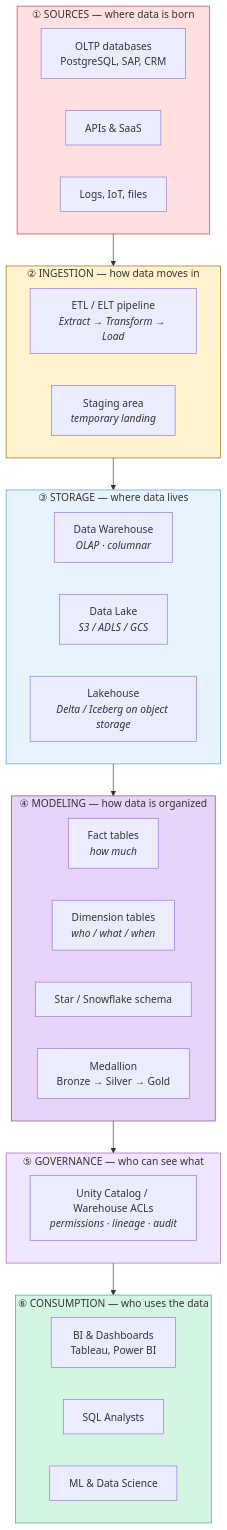
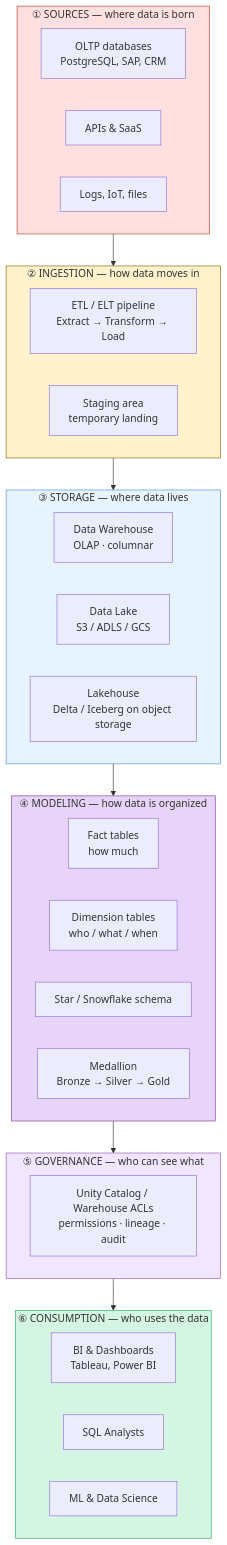
One commit to adnanrahin/adnanrahin.github.io changed the second of 7 diagrams in data-architecture/architecture-map.md. Above: the diagram before and after it, drawn with Mermaid. The commit also changed other lines of this file and 3 other files, not shown here.

Commit message:
updated the flowchart

````diff
--- a/data-architecture/architecture-map.md
+++ b/data-architecture/architecture-map.md
@@ -61,53 +61,53 @@
 ```mermaid
 flowchart TB
     subgraph L6["⑥ CONSUMPTION — who uses the data"]
         direction LR
         BI["BI & Dashboards<br/>Tableau, Power BI"]
         SQL["SQL Analysts"]
         ML["ML & Data Science"]
     end
 
     subgraph L5["⑤ GOVERNANCE — who can see what"]
-        UC["Unity Catalog / Warehouse ACLs<br/><i>permissions · lineage · audit</i>"]
+        UC["Unity Catalog / Warehouse ACLs<br/>permissions · lineage · audit"]
     end
 
     subgraph L4["④ MODELING — how data is organized"]
         direction LR
-        FACT["Fact tables<br/><i>how much</i>"]
-        DIM["Dimension tables<br/><i>who / what / when</i>"]
+        FACT["Fact tables<br/>how much"]
+        DIM["Dimension tables<br/>who / what / when"]
         STAR["Star / Snowflake schema"]
         MED["Medallion<br/>Bronze → Silver → Gold"]
     end
 
     subgraph L3["③ STORAGE — where data lives"]
         direction LR
-        WH["Data Warehouse<br/><i>OLAP · columnar</i>"]
-        LAKE["Data Lake<br/><i>S3 / ADLS / GCS</i>"]
-        LH["Lakehouse<br/><i>Delta / Iceberg on object storage</i>"]
+        WH["Data Warehouse<br/>OLAP · columnar"]
+        LAKE["Data Lake<br/>S3 / ADLS / GCS"]
+        LH["Lakehouse<br/>Delta / Iceberg on object storage"]
     end
 
     subgraph L2["② INGESTION — how data moves in"]
-        ETL["ETL / ELT pipeline<br/><i>Extract → Transform → Load</i>"]
-        STG["Staging area<br/><i>temporary landing</i>"]
+        ETL["ETL / ELT pipeline<br/>Extract → Transform → Load"]
+        STG["Staging area<br/>temporary landing"]
     end
 
     subgraph L1["① SOURCES — where data is born"]
         direction LR
         OLTP["OLTP databases<br/>PostgreSQL, SAP, CRM"]
         API["APIs & SaaS"]
         LOG["Logs, IoT, files"]
     end
 
     L1 --> L2
     L2 --> L3
     L3 --> L4
     L4 --> L5
     L5 --> L6
 
     style L1 fill:#FFE0E0,stroke:#C0392B
     style L2 fill:#FFF3CD,stroke:#856404
     style L3 fill:#E8F4FD,stroke:#4A90D9
     style L4 fill:#E8D4F8,stroke:#7D3C98
     style L5 fill:#F0E6FF,stroke:#9B59B6
     style L6 fill:#D5F5E3,stroke:#27AE60
 ```
````
